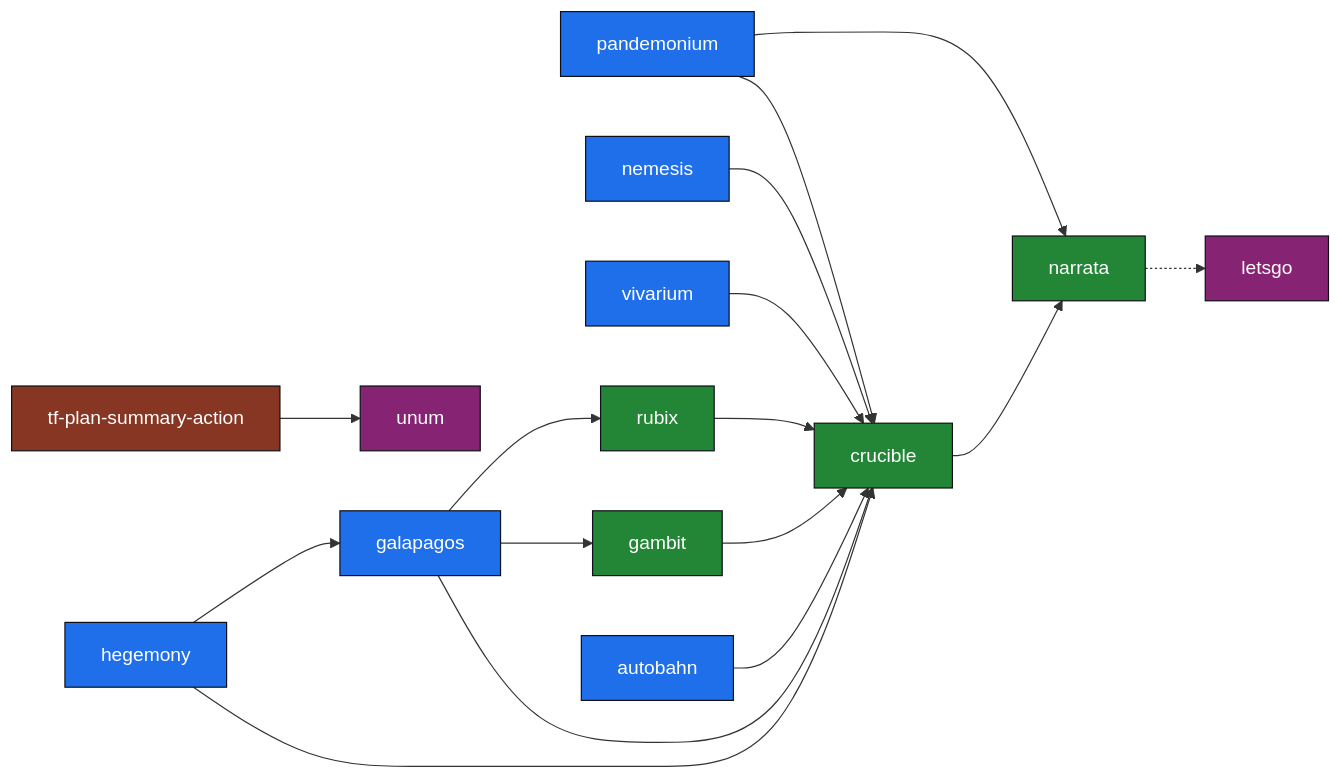
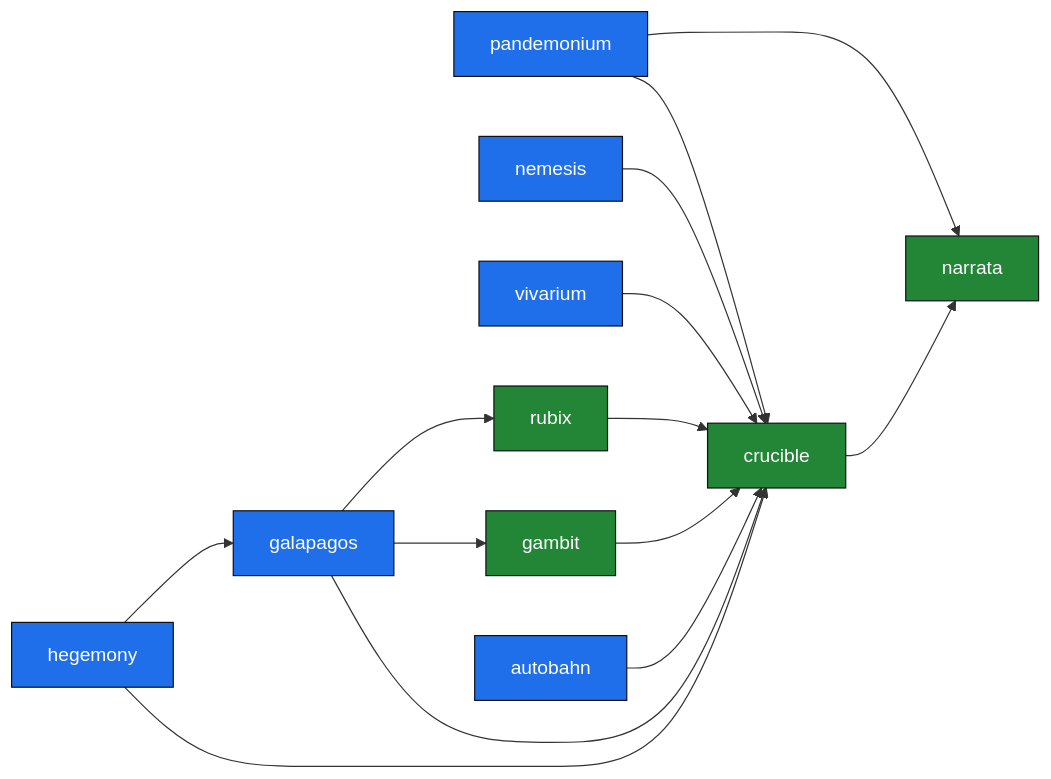
One commit to danielriddell21/danielriddell21 changed the first of 2 diagrams in README.md. Above: the diagram before and after it, drawn with Mermaid. The commit also changed other lines of this file, not shown here.

````diff
--- a/README.md
+++ b/README.md
@@ -20,31 +20,23 @@
 ```mermaid
 flowchart LR
     pandemonium --> crucible
     nemesis --> crucible
     vivarium --> crucible
     galapagos --> crucible
     hegemony --> crucible
     gambit --> crucible
     rubix --> crucible
     autobahn --> crucible
 
     crucible --> narrata
     hegemony --> galapagos
     galapagos --> gambit
     galapagos --> rubix
 
     pandemonium --> narrata
 
-    tf-plan-summary-action --> unum
-
-    narrata -.-> letsgo
-
-    classDef game fill:#1f6feb,stroke:#0d1117,color:#fff;
-    classDef tool fill:#862373,stroke:#0d1117,color:#fff;
+    classDef app fill:#1f6feb,stroke:#0d1117,color:#fff;
     classDef lib fill:#238636,stroke:#0d1117,color:#fff;
-    classDef action fill:#863623,stroke:#0d1117,color:#fff;
-    class pandemonium,nemesis,vivarium,galapagos,hegemony,autobahn game;
-    class unum,letsgo tool;
+    class pandemonium,nemesis,vivarium,galapagos,hegemony,autobahn app;
     class gambit,rubix,crucible,narrata lib;
-    class tf-plan-summary-action action;
 ```
````
